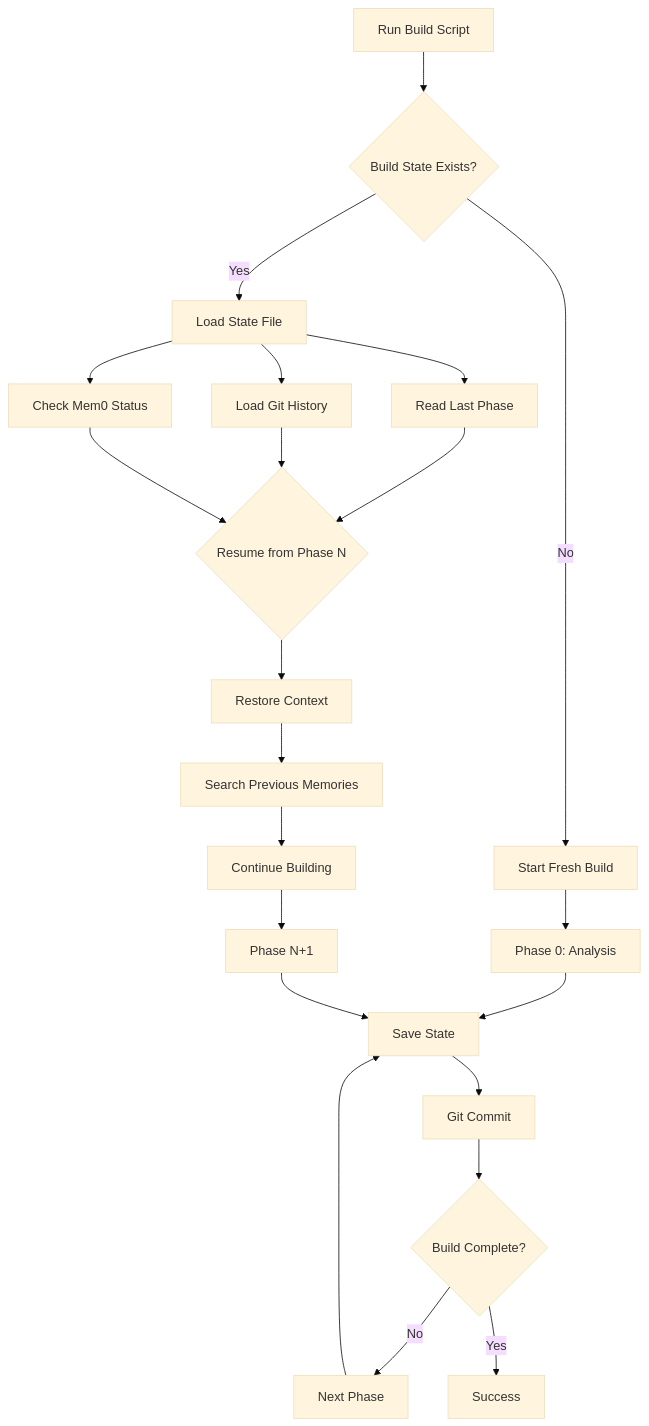
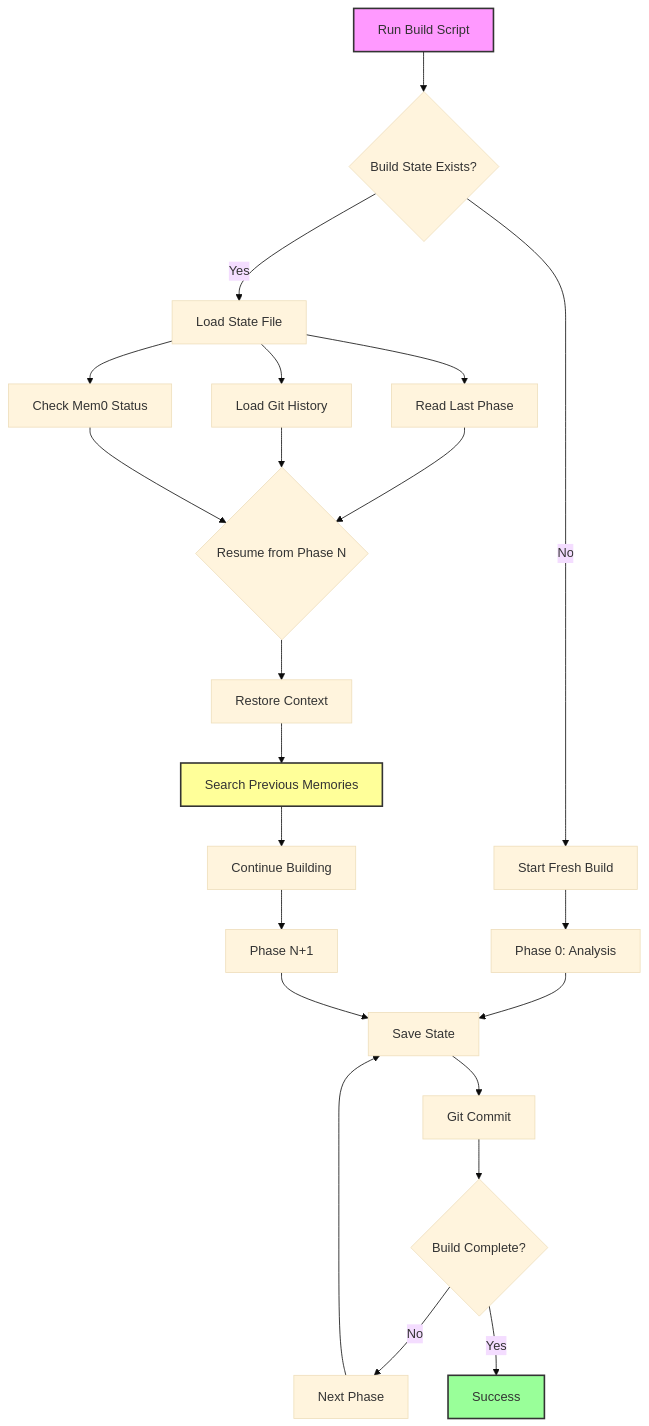
The second of 6 diagrams in README.md (krzemienski/enhanced-claude-code), drawn with Mermaid (base theme) before and after one commit. The commit also changed other lines of this file, not shown here.

First line of the commit message:
fix: Update Mermaid diagrams to match working GitHub syntax

````diff
--- a/README.md
+++ b/README.md
@@ -150,31 +154,35 @@
 ```mermaid
 flowchart TD
     A[Run Build Script] --> B{Build State Exists?}
     B -->|No| C[Start Fresh Build]
     B -->|Yes| D[Load State File]
     
     D --> E[Read Last Phase]
     D --> F[Load Git History]
     D --> G[Check Mem0 Status]
     
     E --> H{Resume from Phase N}
     F --> H
     G --> H
     
     H --> I[Restore Context]
     I --> J[Search Previous Memories]
     J --> K[Continue Building]
     
     C --> L[Phase 0: Analysis]
     K --> M[Phase N+1]
     
     L --> N[Save State]
     M --> N
     
     N --> O[Git Commit]
     O --> P{Build Complete?}
     P -->|No| Q[Next Phase]
     P -->|Yes| R[Success]
     
     Q --> N
+    
+    style A fill:#f9f,stroke:#333,stroke-width:2px
+    style R fill:#9f9,stroke:#333,stroke-width:2px
+    style J fill:#ff9,stroke:#333,stroke-width:2px
 ```
````
